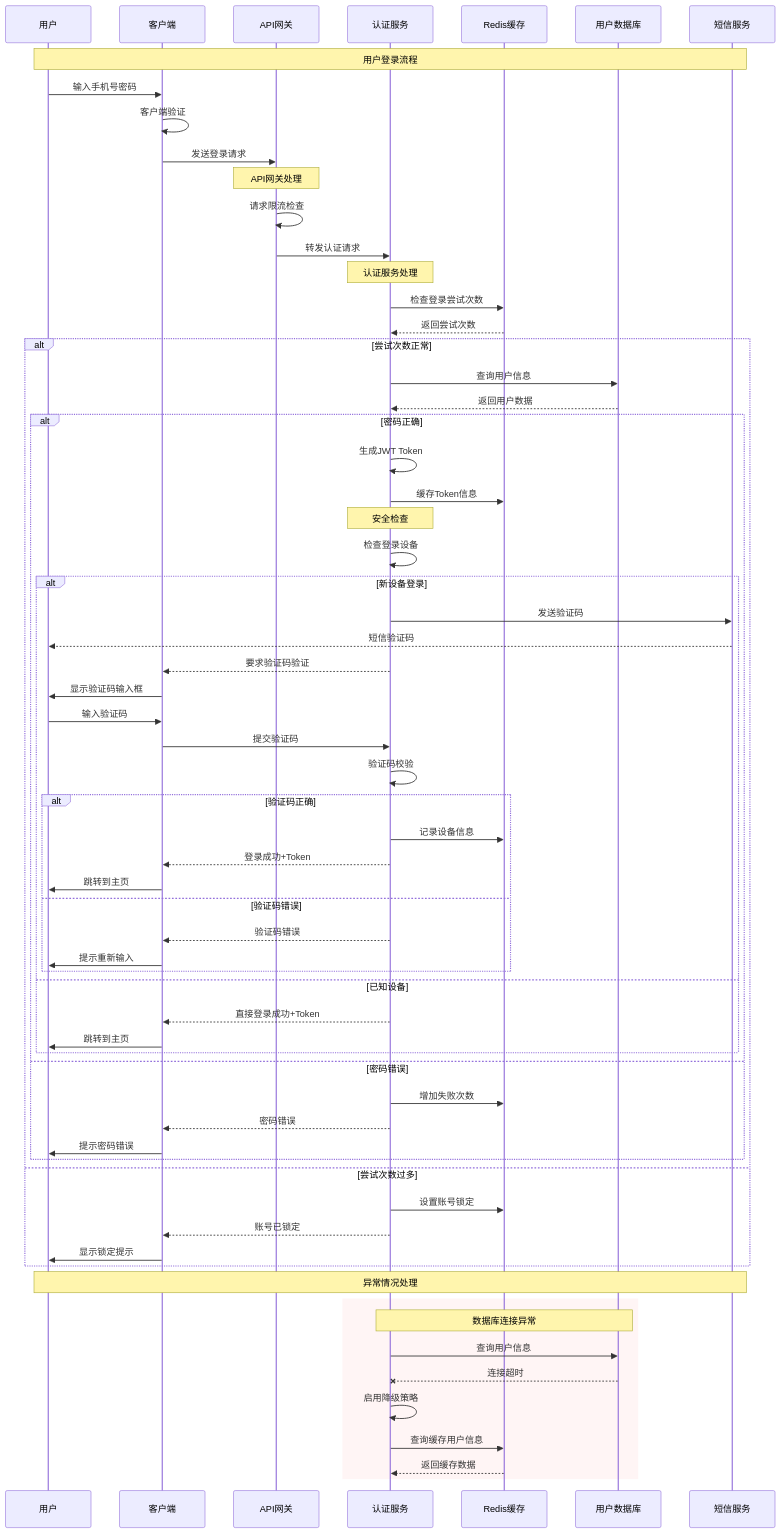
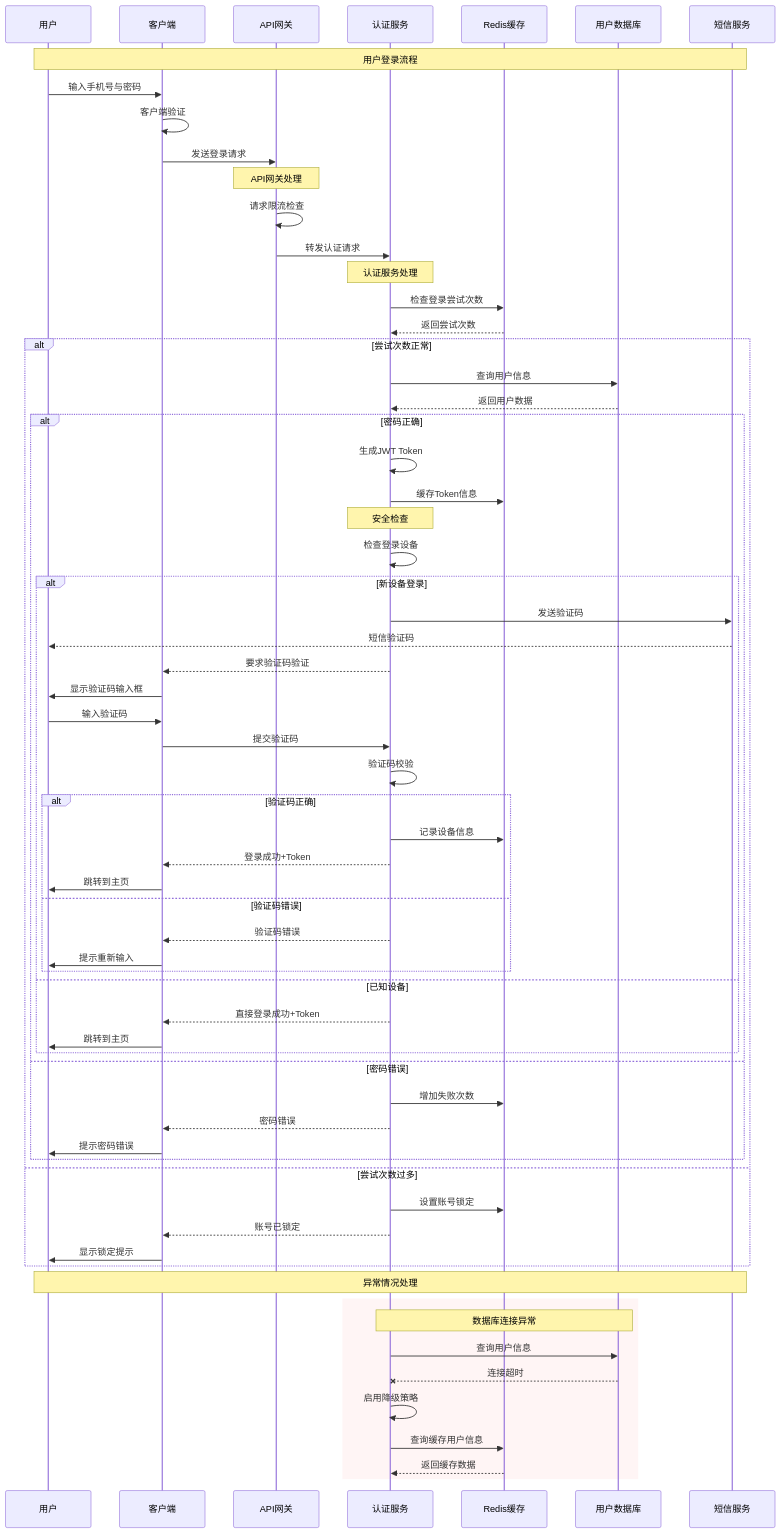
The sixth of 6 diagrams in content/第4章 AI IDE辅助需求建模与可视化.md (Coldplay-now/user_Insight_with_AI), drawn with Mermaid before and after one commit. The commit also changed other lines of this file and 12 other files, not shown here.

````diff
--- a/content/第4章 AI IDE辅助需求建模与可视化.md
+++ b/content/第4章 AI IDE辅助需求建模与可视化.md
@@ -1365,80 +1363,80 @@
 ```mermaid
 sequenceDiagram
     participant U as 用户
     participant C as 客户端
     participant G as API网关
     participant A as 认证服务
     participant R as Redis缓存
     participant D as 用户数据库
     participant S as 短信服务
     
     Note over U,S: 用户登录流程
     
-    U->>C: 输入手机号密码
+    U->>C: 输入手机号与密码
     C->>C: 客户端验证
     C->>G: 发送登录请求
     
     Note over G: API网关处理
     G->>G: 请求限流检查
     G->>A: 转发认证请求
     
     Note over A: 认证服务处理
     A->>R: 检查登录尝试次数
     R-->>A: 返回尝试次数
     
     alt 尝试次数正常
         A->>D: 查询用户信息
         D-->>A: 返回用户数据
         
         alt 密码正确
             A->>A: 生成JWT Token
             A->>R: 缓存Token信息
             
             Note over A: 安全检查
             A->>A: 检查登录设备
             
             alt 新设备登录
                 A->>S: 发送验证码
                 S-->>U: 短信验证码
                 A-->>C: 要求验证码验证
                 C->>U: 显示验证码输入框
                 U->>C: 输入验证码
                 C->>A: 提交验证码
                 A->>A: 验证码校验
                 
                 alt 验证码正确
                     A->>R: 记录设备信息
                     A-->>C: 登录成功+Token
                     C->>U: 跳转到主页
                 else 验证码错误
                     A-->>C: 验证码错误
                     C->>U: 提示重新输入
                 end
                 
             else 已知设备
                 A-->>C: 直接登录成功+Token
                 C->>U: 跳转到主页
             end
             
         else 密码错误
             A->>R: 增加失败次数
             A-->>C: 密码错误
             C->>U: 提示密码错误
         end
         
     else 尝试次数过多
         A->>R: 设置账号锁定
         A-->>C: 账号已锁定
         C->>U: 显示锁定提示
     end
     
     Note over U,S: 异常情况处理
     rect rgb(255, 245, 245)
         Note over A,D: 数据库连接异常
         A->>D: 查询用户信息
         D--xA: 连接超时
         A->>A: 启用降级策略
         A->>R: 查询缓存用户信息
         R-->>A: 返回缓存数据
     end
 ```
````
